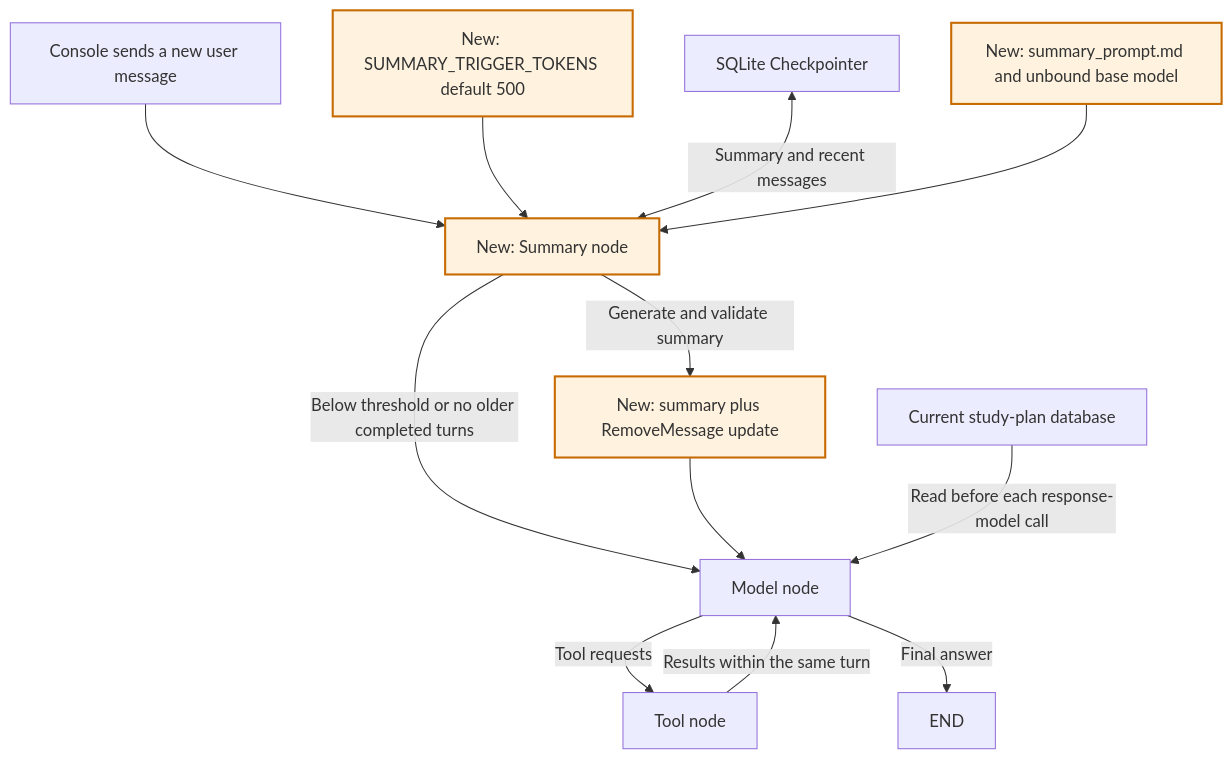
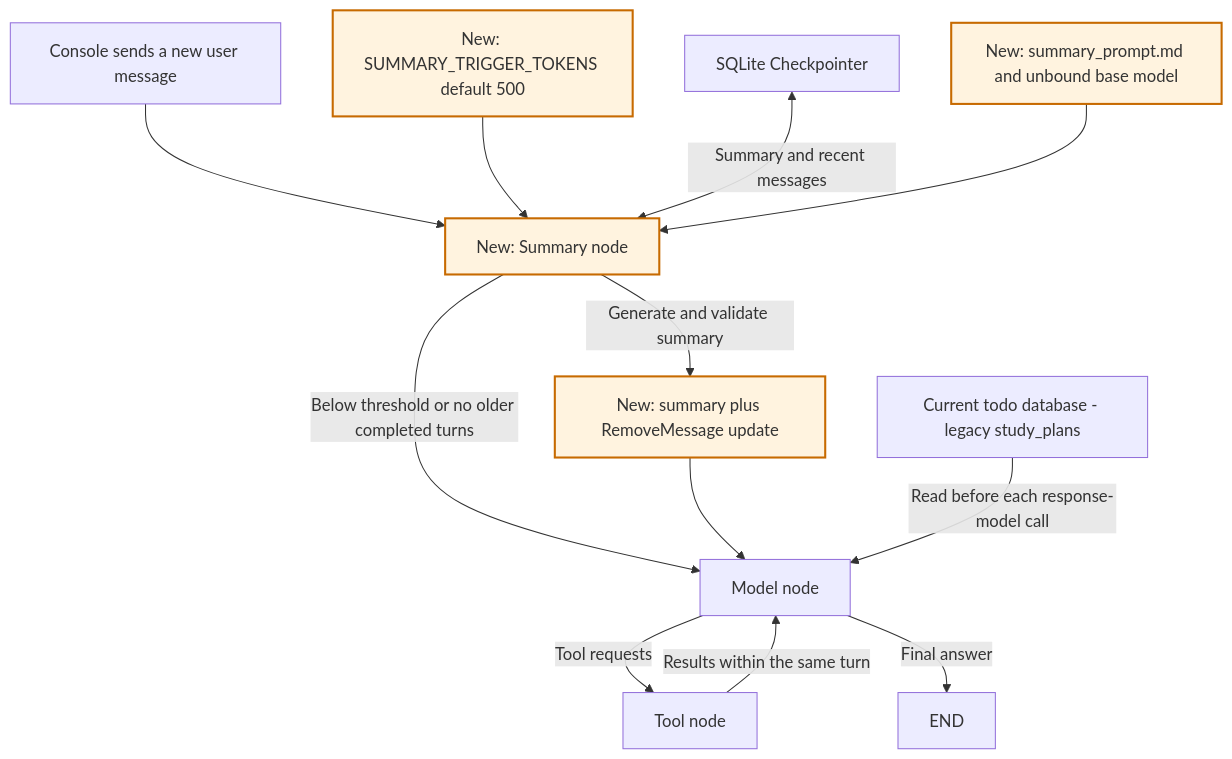
One commit to HarryXiong24/agents changed the fifth of 5 diagrams in src/agent_apps/simple_react_agent/docs/VERSIONS.md. Above: the diagram before and after it, drawn with Mermaid. The commit also changed other lines of this file and 15 other files, not shown here.

````diff
--- a/src/agent_apps/simple_react_agent/docs/VERSIONS.md
+++ b/src/agent_apps/simple_react_agent/docs/VERSIONS.md
@@ -507,16 +523,16 @@
 ```mermaid
 flowchart TD
     C[Console sends a new user message] --> S[New: Summary node]
     CFG[New: SUMMARY_TRIGGER_TOKENS default 500] --> S
     S -->|Below threshold or no older completed turns| M[Model node]
     S -->|Generate and validate summary| U[New: summary plus RemoveMessage update]
     U --> M
     M -->|Tool requests| T[Tool node]
     T -->|Results within the same turn| M
     M -->|Final answer| E[END]
     CP[SQLite Checkpointer] <-->|Summary and recent messages| S
-    P[Current study-plan database] -->|Read before each response-model call| M
+    P[Current todo database - legacy study_plans] -->|Read before each response-model call| M
     SP[New: summary_prompt.md and unbound base model] --> S
     classDef changed fill:#fff3df,stroke:#c76a00,stroke-width:2px;
     class S,CFG,U,SP changed;
 ```
````
